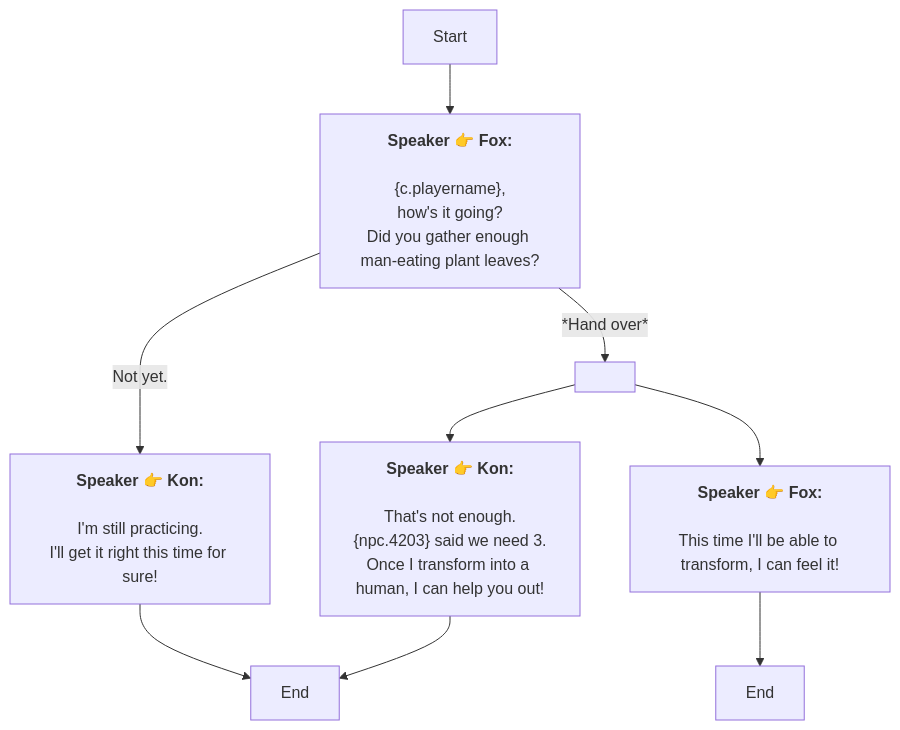
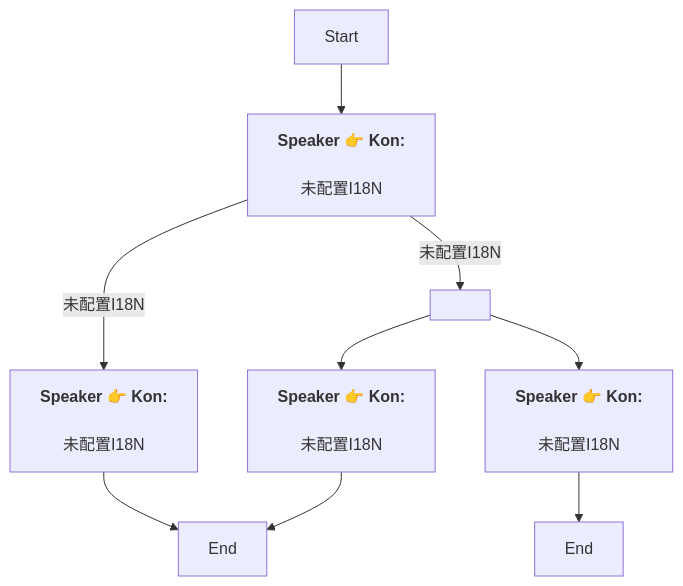
One commit to SoftHu/tos_avg changed the diagram in En/QuestTalkObjectiveNode_1738540454527154.md. Above: the diagram before and after it, drawn with Mermaid. The commit also changed 730 other files, not shown here.

````diff
--- a/En/QuestTalkObjectiveNode_1738540454527154.md
+++ b/En/QuestTalkObjectiveNode_1738540454527154.md
@@ -1,21 +1,16 @@
 ```mermaid
 graph
-Start -->1738540623759549[<b>Speaker 👉 Fox:</b>
-\n&lbrace;c.playername&rbrace;,
-how's it going?
-Did you gather enough man-eating plant leaves?]
-1738540623759549 -->|*Hand over*|1738552948907153[ ]
-1738540623759549 -->|Not yet.|1738541281747142[<b>Speaker 👉 Kon:</b>
-\nI'm still practicing.
-I'll get it right this time for sure!]
+Start -->1738540623759549[<b>Speaker 👉 Kon:</b>
+\n未配置I18N]
+1738540623759549 -->|未配置I18N|1738552948907153[ ]
+1738540623759549 -->|未配置I18N|1738541281747142[<b>Speaker 👉 Kon:</b>
+\n未配置I18N]
 1738541281747142 -->1738541321536711[End]
 1738552948907153 -->1738540704310463[<b>Speaker 👉 Kon:</b>
-\nThat's not enough.
-&lbrace;npc.4203&rbrace; said we need 3.
-Once I transform into a human, I can help you out!]
-1738552948907153 -->1738540706198720[<b>Speaker 👉 Fox:</b>
-\nThis time I'll be able to transform, I can feel it!]
+\n未配置I18N]
+1738552948907153 -->1738540706198720[<b>Speaker 👉 Kon:</b>
+\n未配置I18N]
 1738540706198720 -->1738541365653704[End]
 1738540704310463 -->1738541321536711[End]
 
 ```
````
